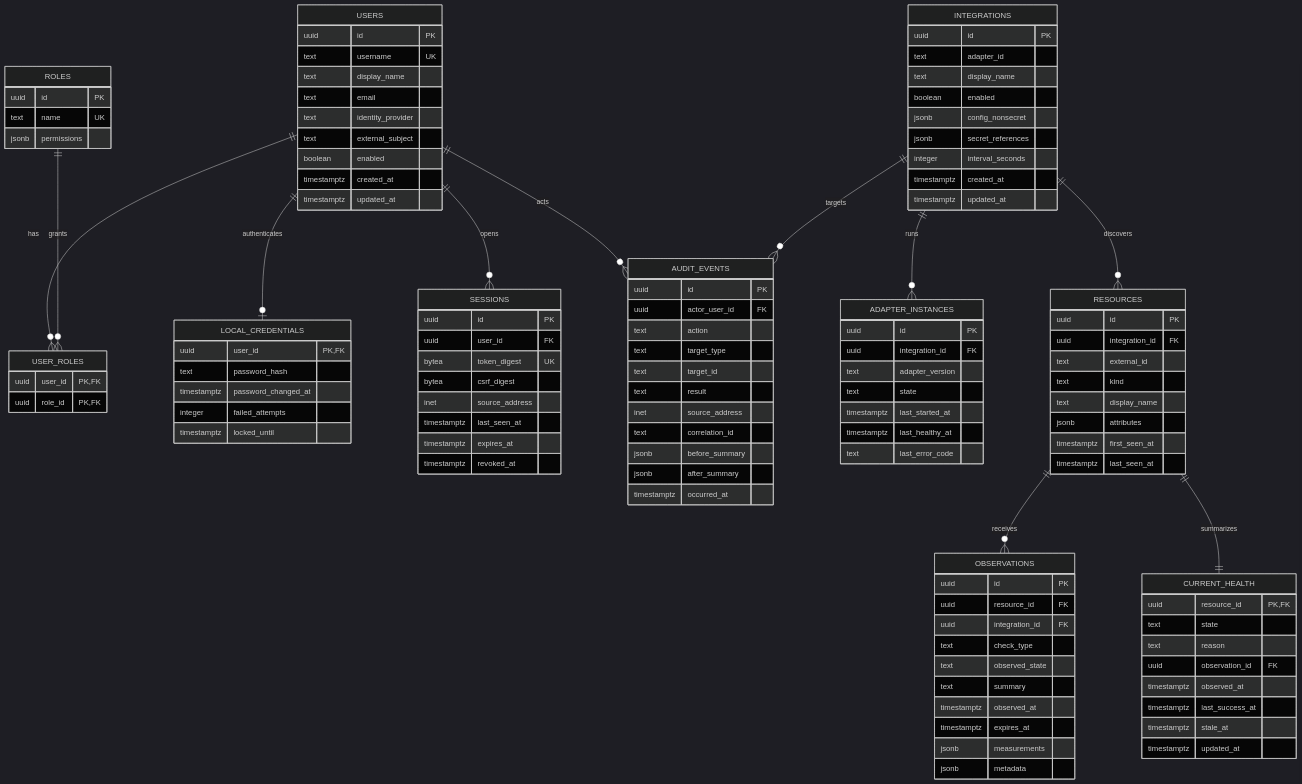
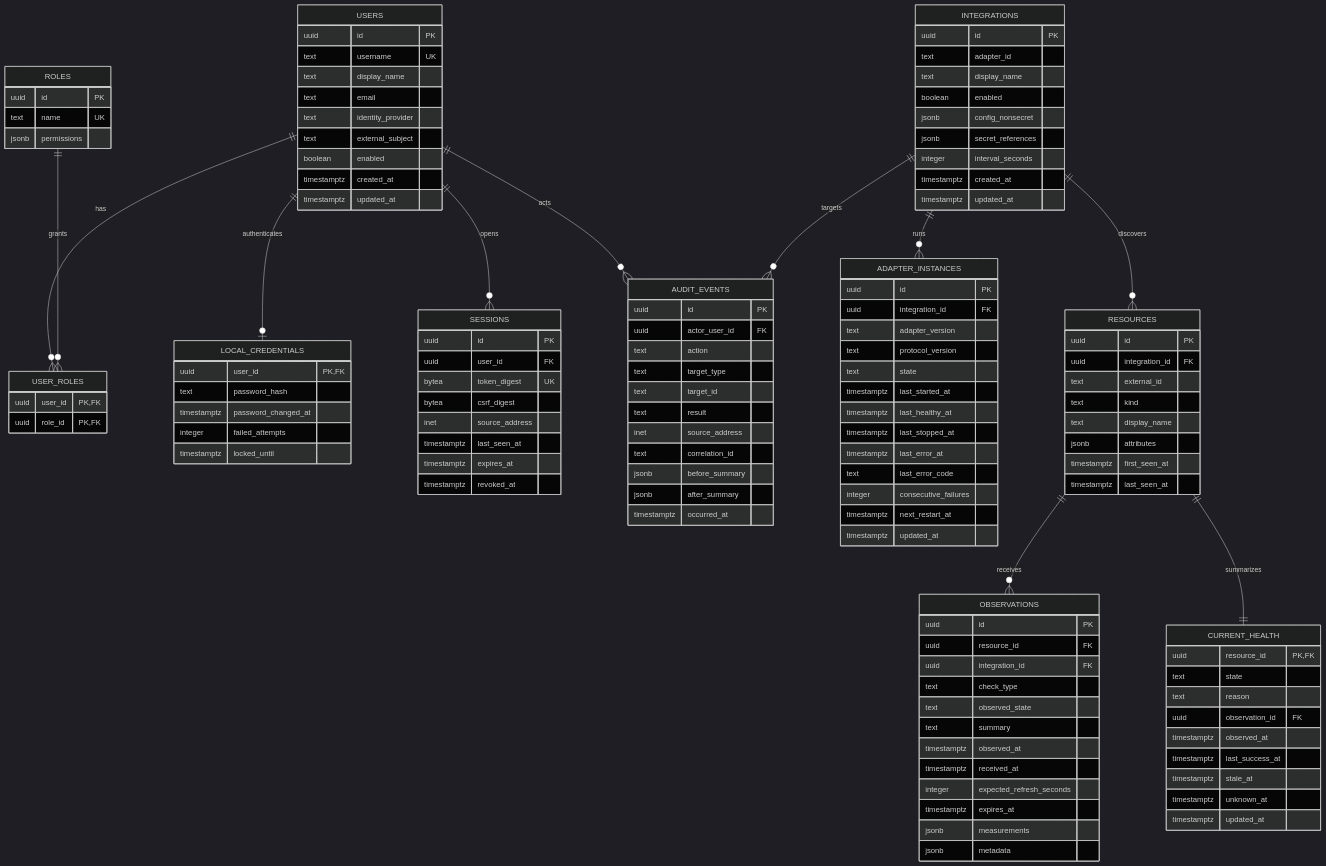
The diagram in docs/architecture/DATA_MODEL.md (PrincepsVIIII/Espial), drawn with Mermaid (dark theme) before and after one commit. The commit also changed other lines of this file and 76 other files, not shown here.

```diff
--- a/docs/architecture/DATA_MODEL.md
+++ b/docs/architecture/DATA_MODEL.md
@@ -70,10 +70,16 @@
       uuid id PK
       uuid integration_id FK
       text adapter_version
+      text protocol_version
       text state
       timestamptz last_started_at
       timestamptz last_healthy_at
+      timestamptz last_stopped_at
+      timestamptz last_error_at
       text last_error_code
+      integer consecutive_failures
+      timestamptz next_restart_at
+      timestamptz updated_at
     }
     RESOURCES {
       uuid id PK
@@ -93,6 +99,8 @@
       text observed_state
       text summary
       timestamptz observed_at
+      timestamptz received_at
+      integer expected_refresh_seconds
       timestamptz expires_at
       jsonb measurements
       jsonb metadata
@@ -105,6 +113,7 @@
       timestamptz observed_at
       timestamptz last_success_at
       timestamptz stale_at
+      timestamptz unknown_at
       timestamptz updated_at
     }
     AUDIT_EVENTS {
```
